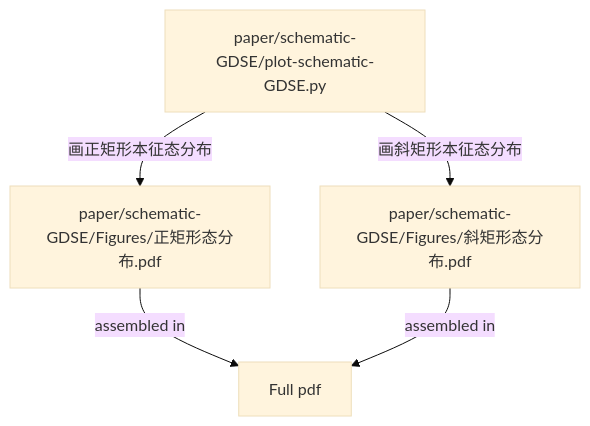
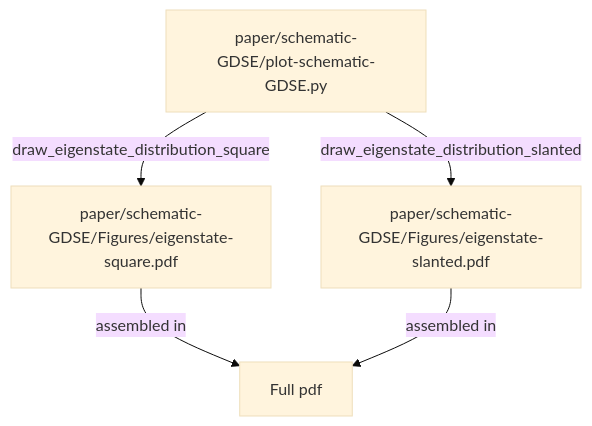
The first of 13 diagrams in README.md (Chenyang-Wang-1999/general-theory-for-geometry-dependent-bands), drawn with Mermaid (base theme) before and after one commit. The commit also changed other lines of this file and 5 other files, not shown here.

````diff
--- a/README.md
+++ b/README.md
@@ -31,11 +38,11 @@
 ```mermaid
 flowchart TB
     A[paper/schematic-GDSE/plot-schematic-GDSE.py]
-    B1[paper/schematic-GDSE/Figures/正矩形态分布.pdf]
-    B2[paper/schematic-GDSE/Figures/斜矩形态分布.pdf]
+    B1[paper/schematic-GDSE/Figures/eigenstate-square.pdf]
+    B2[paper/schematic-GDSE/Figures/eigenstate-slanted.pdf]
     C[Full pdf]
-    A --画正矩形本征态分布--> B1
-    A --画斜矩形本征态分布--> B2
+    A --draw_eigenstate_distribution_square --> B1
+    A --draw_eigenstate_distribution_slanted --> B2
     B1 --assembled in--> C
     B2 --assembled in--> C
 ```
````
